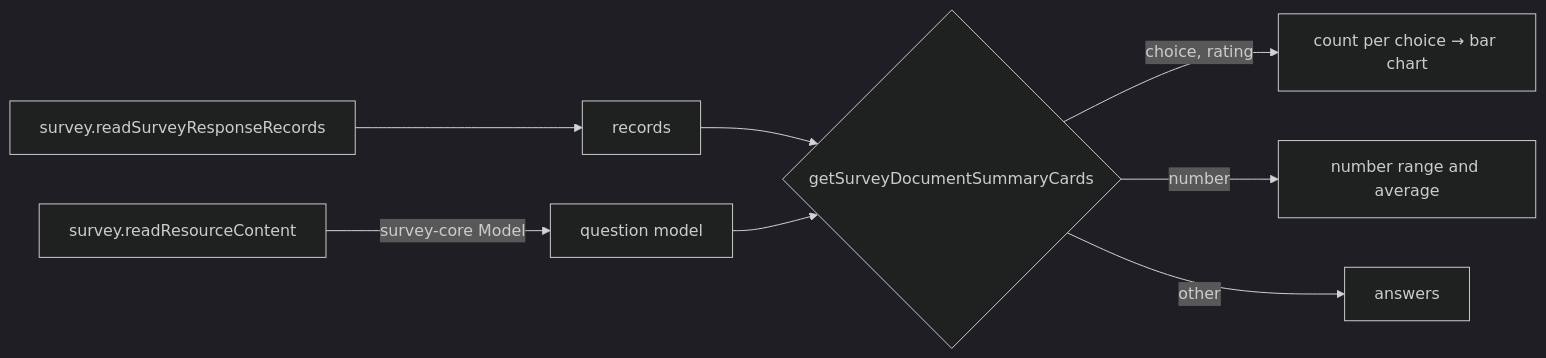
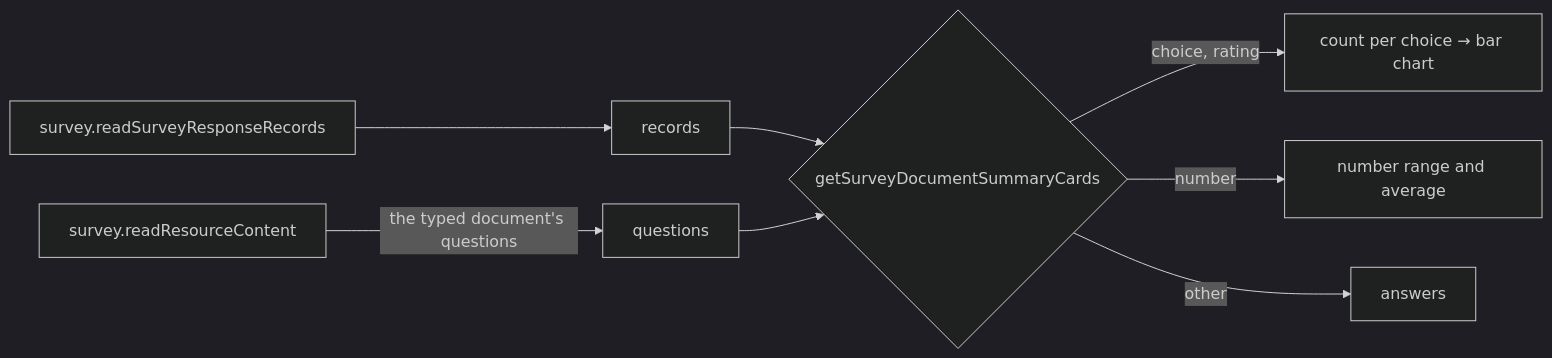
One commit to Esposter/Esposter changed the diagram in openspec/specs/resource/survey-response-summary/design.md. Above: the diagram before and after it, drawn with Mermaid (dark theme). The commit also changed other lines of this file and 6 other files, not shown here.

````diff
--- a/openspec/specs/resource/survey-response-summary/design.md
+++ b/openspec/specs/resource/survey-response-summary/design.md
@@ -24,10 +28,10 @@
 ```mermaid
 flowchart LR
   READ["survey.readSurveyResponseRecords"] --> REC[records]
-  CONTENT["survey.readResourceContent"] -->|"survey-core Model"| Q[question model]
+  CONTENT["survey.readResourceContent"] -->|"the typed document's questions"| Q[questions]
   REC --> AGG{getSurveyDocumentSummaryCards}
   Q --> AGG
   AGG -->|choice, rating| BAR[count per choice → bar chart]
   AGG -->|number| STAT["number range and average"]
   AGG -->|other| LIST[answers]
 ```
````
